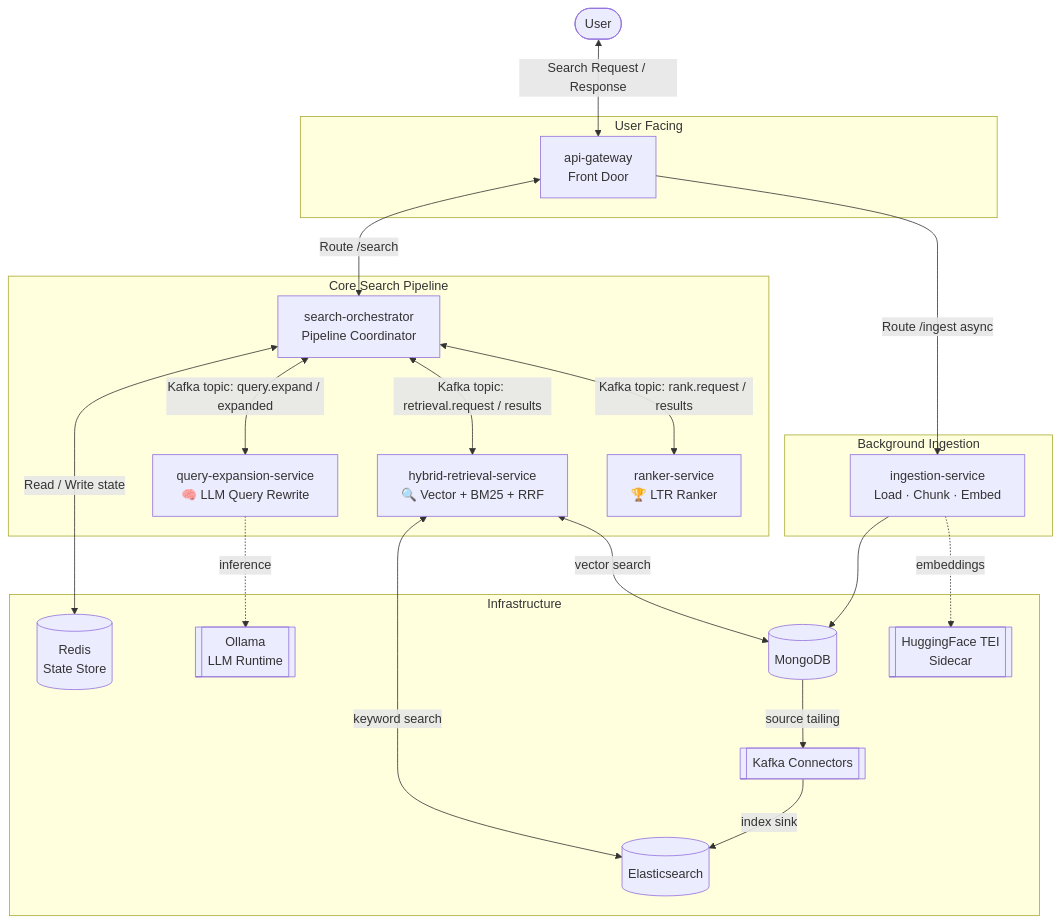
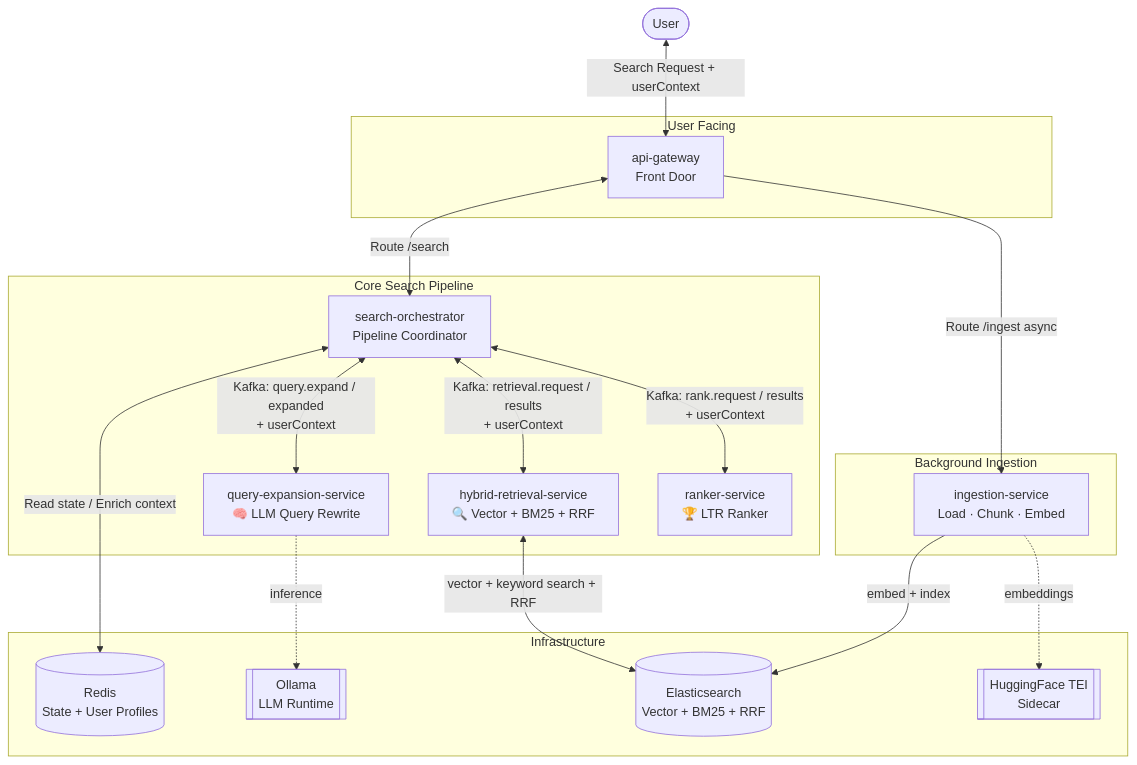
One commit to Peqchji/spring-ai-search-engine changed the first of 2 diagrams in README.md. Above: the diagram before and after it, drawn with Mermaid. The commit also changed other lines of this file and 10 other files, not shown here.

Commit message:
refactor: rearchitecture

````diff
--- a/README.md
+++ b/README.md
@@ -25,48 +25,43 @@
 ```mermaid
 flowchart TD
     U([User])
 
     subgraph User Facing
         GW[api-gateway<br>Front Door]
     end
     
     subgraph Core Search Pipeline
         ORCH[search-orchestrator<br>Pipeline Coordinator]
         QE[query-expansion-service<br>🧠 LLM Query Rewrite]
         HR[hybrid-retrieval-service<br>🔍 Vector + BM25 + RRF]
         RANK[ranker-service<br>🏆 LTR Ranker]
     end
 
     subgraph Background Ingestion
         IS[ingestion-service<br>Load · Chunk · Embed]
     end
 
     subgraph Infrastructure
-        MDB[(MongoDB)]
-        ES[(Elasticsearch)]
+        ES[(Elasticsearch<br>Vector + BM25 + RRF)]
         OL[[Ollama<br>LLM Runtime]]
         TEI[[HuggingFace TEI<br>Sidecar]]
-        K[[Kafka Connectors]]
-        REDIS[(Redis<br>State Store)]
+        REDIS[(Redis<br>State + User Profiles)]
     end
-    ORCH <-->|Read / Write state| REDIS
 
-    U <-->|Search Request / Response| GW
-
+    U <-->|Search Request + userContext| GW
     GW <-->|Route /search| ORCH
     GW -->|Route /ingest async| IS
 
-    ORCH <-->|Kafka topic: query.expand / expanded| QE
+    ORCH <-->|Read state / Enrich context| REDIS
+
+    ORCH <-->|Kafka: query.expand / expanded<br>+ userContext| QE
     QE -.->|inference| OL
     
-    ORCH <-->|Kafka topic: retrieval.request / results| HR
-    HR <-->|keyword search| ES
-    HR <-->|vector search| MDB
+    ORCH <-->|Kafka: retrieval.request / results<br>+ userContext| HR
+    HR <-->|vector + keyword search + RRF| ES
     
-    ORCH <-->|Kafka topic: rank.request / results| RANK
+    ORCH <-->|Kafka: rank.request / results<br>+ userContext| RANK
 
-    IS --> MDB
+    IS -->|embed + index| ES
     IS -.->|embeddings| TEI
-    MDB -->|source tailing| K
-    K -->|index sink| ES
 ```
````
